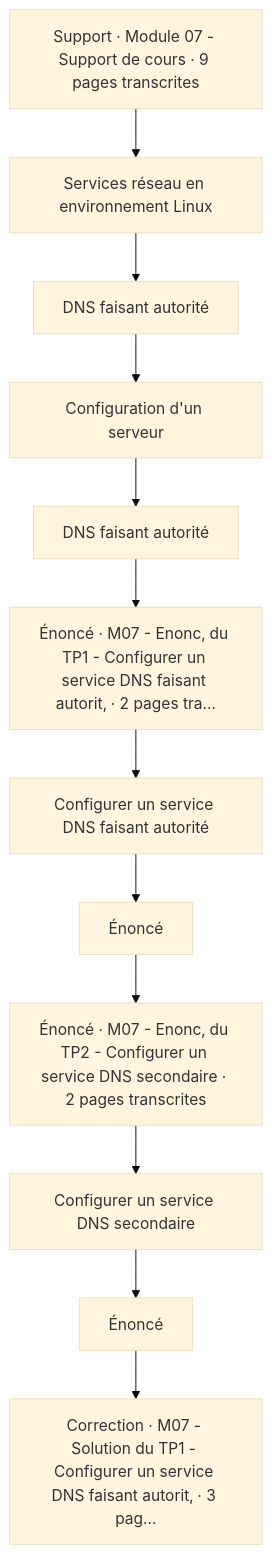
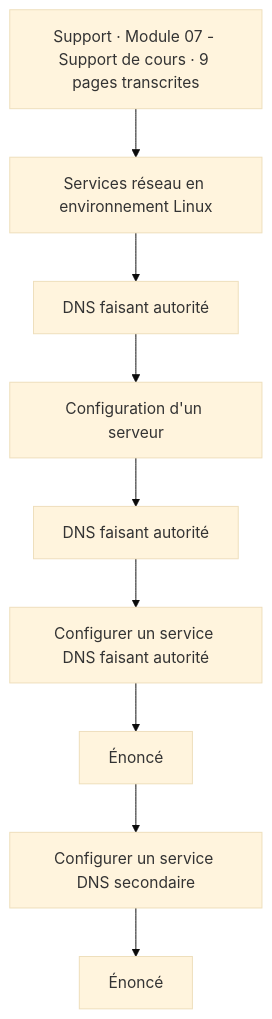
The first of 4 diagrams in docs/modules/15-services-reseau-en-environnement-linux/module-07-dns-autoritaire-sur-zone.md (sk34pk25/tssr-cours), drawn with Mermaid (base theme) before and after one commit. The commit also changed other lines of this file and 108 other files, not shown here.

````diff
--- a/docs/modules/15-services-reseau-en-environnement-linux/module-07-dns-autoritaire-sur-zone.md
+++ b/docs/modules/15-services-reseau-en-environnement-linux/module-07-dns-autoritaire-sur-zone.md
@@ -27,26 +25,20 @@
 ```mermaid
 flowchart TD
     N1["Support · Module 07 - Support de cours · 9 pages transcrites"]
     N2["Services réseau en environnement Linux"]
     N3["DNS faisant autorité"]
     N4["Configuration d'un serveur"]
     N5["DNS faisant autorité"]
-    N6["Énoncé · M07 - Enonc‚ du TP1 - Configurer un service DNS faisant autorit‚ · 2 pages tra…"]
     N7["Configurer un service DNS faisant autorité"]
     N8["Énoncé"]
-    N9["Énoncé · M07 - Enonc‚ du TP2 - Configurer un service DNS secondaire · 2 pages transcrites"]
     N10["Configurer un service DNS secondaire"]
     N11["Énoncé"]
-    N12["Correction · M07 - Solution du TP1 - Configurer un service DNS faisant autorit‚ · 3 pag…"]
     N1 --> N2
     N2 --> N3
     N3 --> N4
     N4 --> N5
-    N5 --> N6
-    N6 --> N7
+    N5 --> N7
     N7 --> N8
-    N8 --> N9
-    N9 --> N10
+    N8 --> N10
     N10 --> N11
-    N11 --> N12
 ```
````
